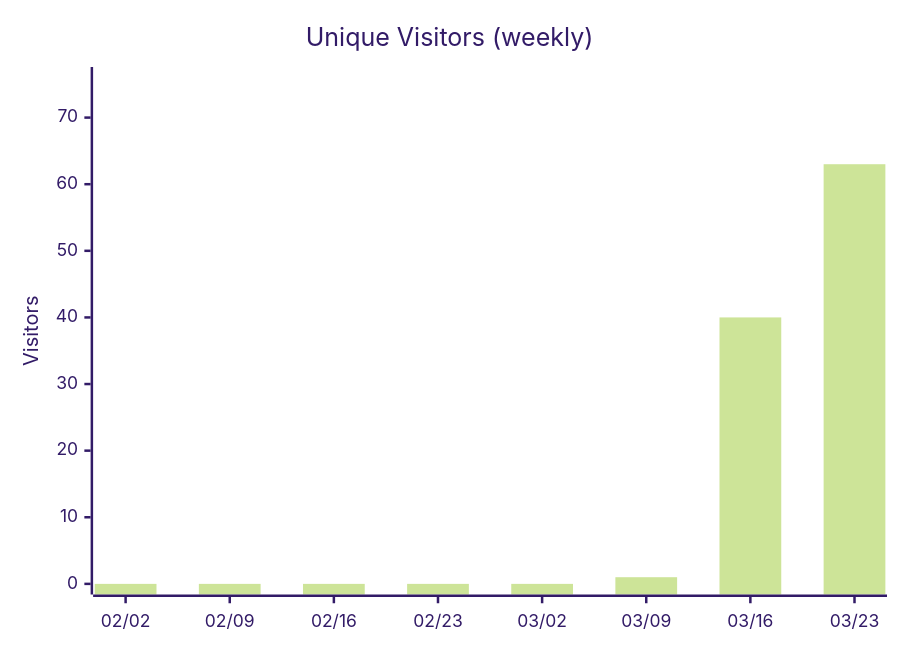
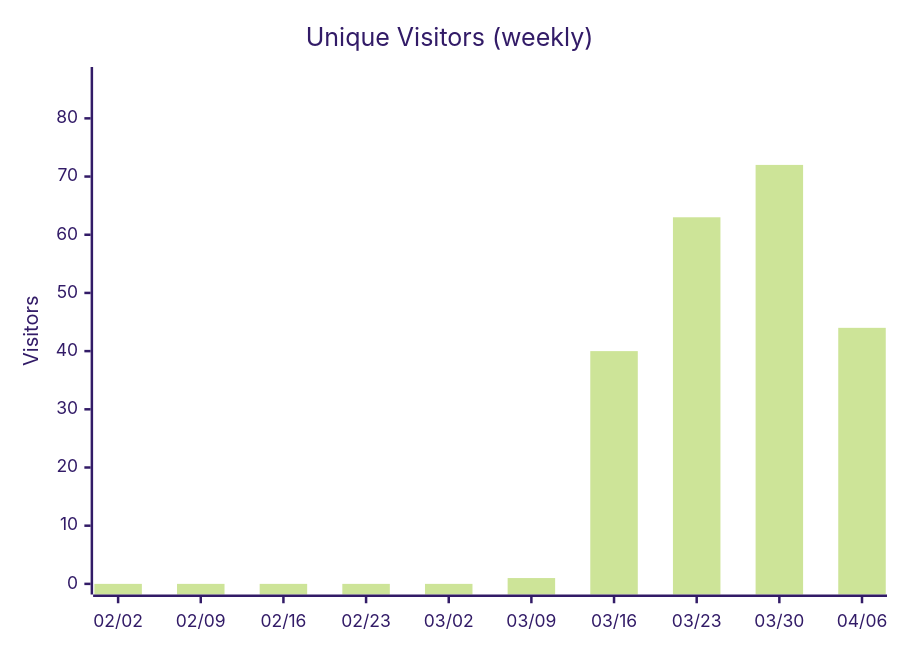
Diagram 13 of 14 in docs/metrics.md (nablarch/nabledge-dev), drawn with Mermaid (forest theme) before and after one commit. The commit also changed other lines of this file and 2 other files, not shown here.

````diff
--- a/docs/metrics.md
+++ b/docs/metrics.md
@@ -163,7 +163,7 @@
 ```mermaid
 xychart-beta
   title "Unique Visitors (weekly)"
-  x-axis ["02/02", "02/09", "02/16", "02/23", "03/02", "03/09", "03/16", "03/23"]
-  y-axis "Visitors" 0 --> 76
-  bar [0, 0, 0, 0, 0, 1, 40, 63]
+  x-axis ["02/02", "02/09", "02/16", "02/23", "03/02", "03/09", "03/16", "03/23", "03/30", "04/06"]
+  y-axis "Visitors" 0 --> 87
+  bar [0, 0, 0, 0, 0, 1, 40, 63, 72, 44]
 ```
````
